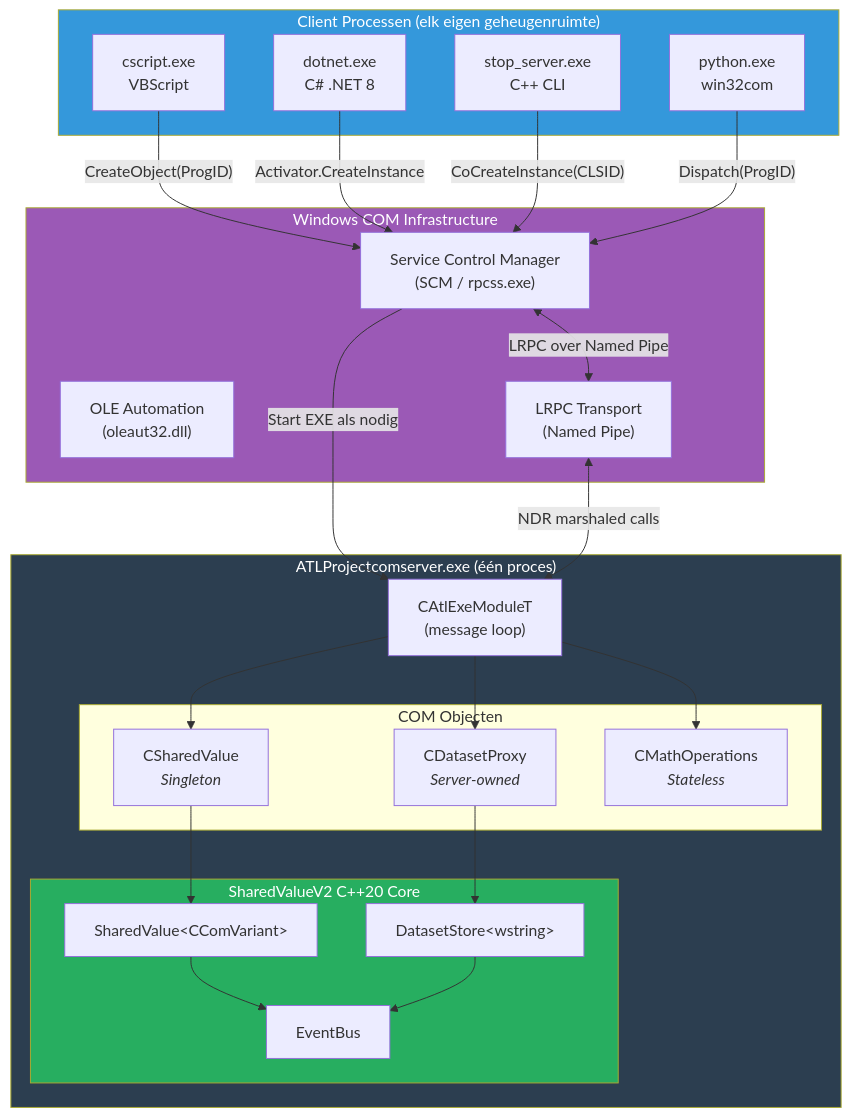
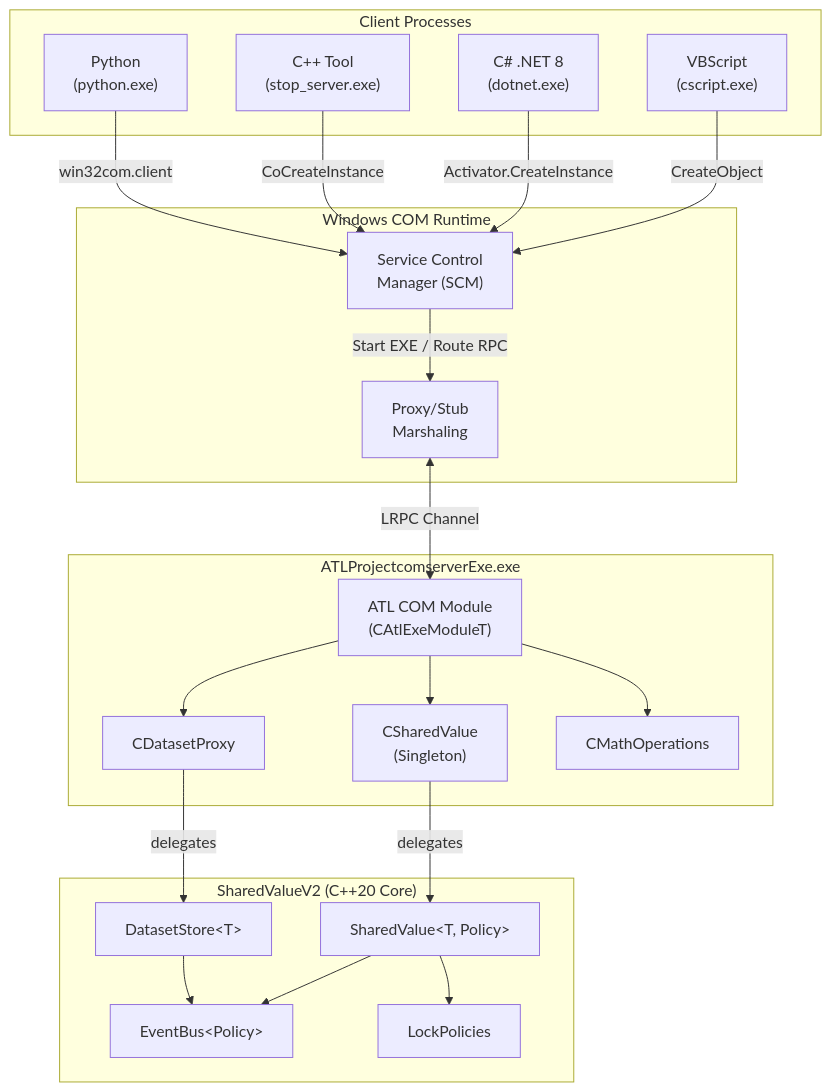
One commit to snodeplannen/sharedvar changed the first of 20 diagrams in ATLProjectcomserverExe/ARCHITECTURE.md. Above: the diagram before and after it, drawn with Mermaid. The commit also changed other lines of this file and 90 other files, not shown here.

````diff
--- a/ATLProjectcomserverExe/ARCHITECTURE.md
+++ b/ATLProjectcomserverExe/ARCHITECTURE.md
@@ -27,54 +25,46 @@
 ```mermaid
 graph TB
-    subgraph Clients["Client Processen (elk eigen geheugenruimte)"]
-        VBS["cscript.exe<br/>VBScript"]
-        CS["dotnet.exe<br/>C# .NET 8"]
-        CPP["stop_server.exe<br/>C++ CLI"]
-        PY["python.exe<br/>win32com"]
+    subgraph Clients["Client Processes"]
+        VBS["VBScript<br/>(cscript.exe)"]
+        CS["C# .NET 8<br/>(dotnet.exe)"]
+        CPP["C++ Tool<br/>(stop_server.exe)"]
+        PY["Python<br/>(python.exe)"]
     end
 
-    subgraph Windows["Windows COM Infrastructure"]
-        SCM["Service Control Manager<br/>(SCM / rpcss.exe)"]
-        OA["OLE Automation<br/>(oleaut32.dll)"]
-        LRPC["LRPC Transport<br/>(Named Pipe)"]
+    subgraph RPC["Windows COM Runtime"]
+        SCM["Service Control<br/>Manager (SCM)"]
+        PROXY["Proxy/Stub<br/>Marshaling"]
     end
 
-    subgraph Server["ATLProjectcomserver.exe (één proces)"]
-        MODULE["CAtlExeModuleT<br/>(message loop)"]
-        
-        subgraph Objects["COM Objecten"]
-            SV["CSharedValue<br/><i>Singleton</i>"]
-            DP["CDatasetProxy<br/><i>Server-owned</i>"]
-            MO["CMathOperations<br/><i>Stateless</i>"]
-        end
-
-        subgraph Engine["SharedValueV2 C++20 Core"]
-            SVC["SharedValue&lt;CComVariant&gt;"]
-            DSC["DatasetStore&lt;wstring&gt;"]
-            EB["EventBus"]
-        end
+    subgraph Server["ATLProjectcomserverExe.exe"]
+        ATL["ATL COM Module<br/>(CAtlExeModuleT)"]
+        SV["CSharedValue<br/>(Singleton)"]
+        DP["CDatasetProxy"]
+        MO["CMathOperations"]
     end
 
-    VBS -->|"CreateObject(ProgID)"| SCM
-    CS -->|"Activator.CreateInstance"| SCM
-    CPP -->|"CoCreateInstance(CLSID)"| SCM
-    PY -->|"Dispatch(ProgID)"| SCM
+    subgraph Engine["SharedValueV2 (C++20 Core)"]
+        SVCore["SharedValue&lt;T, Policy&gt;"]
+        DS["DatasetStore&lt;T&gt;"]
+        EB["EventBus&lt;Policy&gt;"]
+        LP["LockPolicies"]
+    end
 
-    SCM -->|"Start EXE als nodig"| MODULE
-    SCM <-->|"LRPC over Named Pipe"| LRPC
-    LRPC <-->|"NDR marshaled calls"| MODULE
+    VBS -->|CreateObject| SCM
+    CS -->|Activator.CreateInstance| SCM
+    CPP -->|CoCreateInstance| SCM
+    PY -->|win32com.client| SCM
 
-    MODULE --> SV
-    MODULE --> DP
-    MODULE --> MO
+    SCM -->|Start EXE / Route RPC| PROXY
+    PROXY <-->|LRPC Channel| ATL
 
-    SV --> SVC
-    DP --> DSC
-    SVC --> EB
-    DSC --> EB
+    ATL --> SV
+    ATL --> DP
+    ATL --> MO
 
-    style Clients fill:#3498db,color:#fff
-    style Windows fill:#9b59b6,color:#fff
-    style Server fill:#2c3e50,color:#fff
-    style Engine fill:#27ae60,color:#fff
+    SV -->|delegates| SVCore
+    DP -->|delegates| DS
+    SVCore --> EB
+    DS --> EB
+    SVCore --> LP
 ```
````
